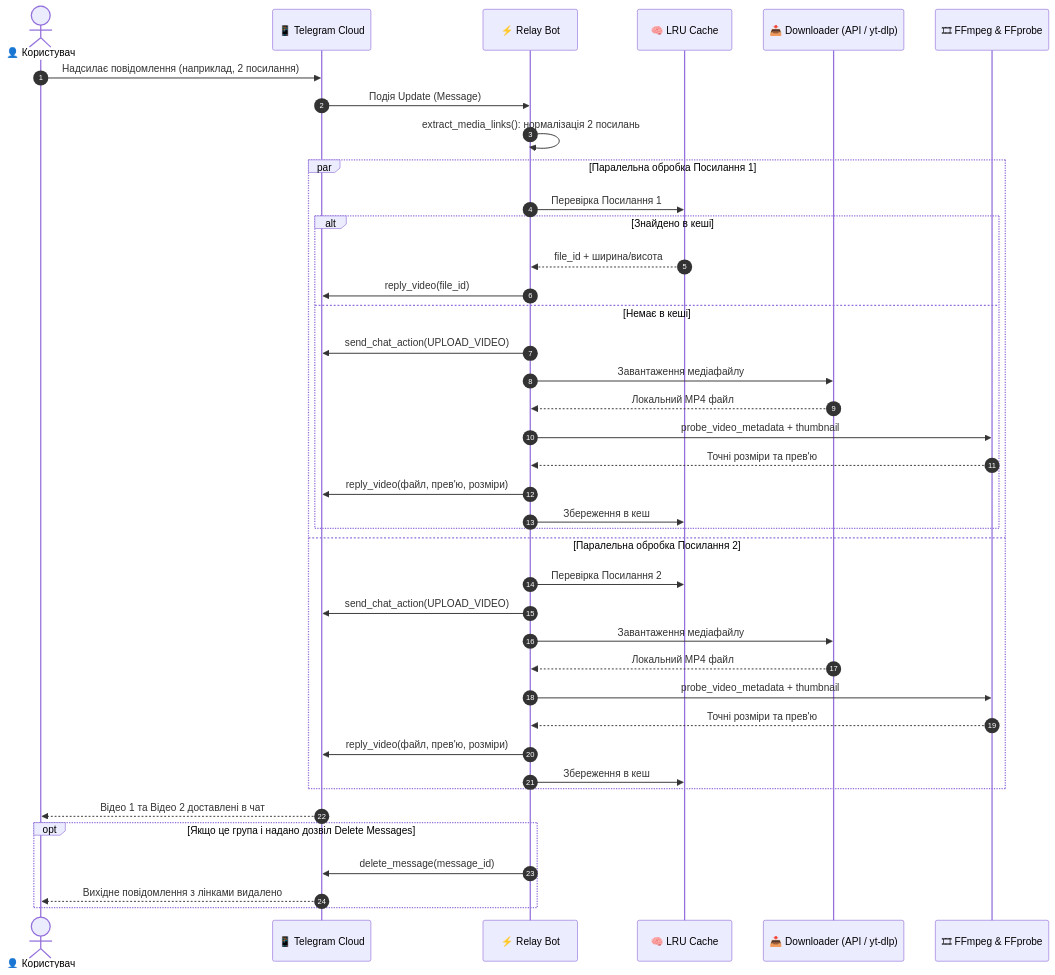
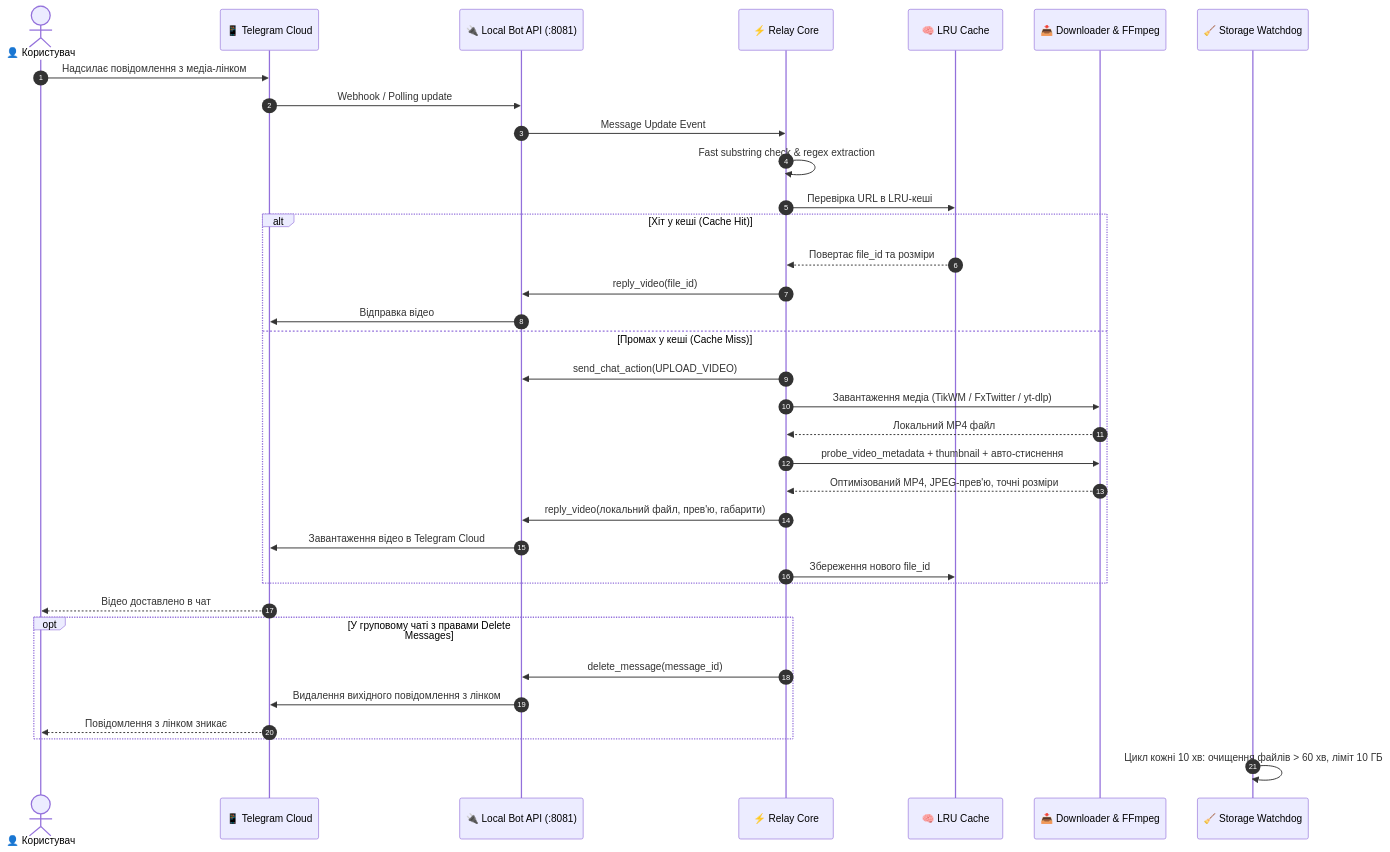
The fourth of 8 diagrams in README.md (vbazavliuk/Relay), drawn with Mermaid before and after one commit. The commit also changed other lines of this file and 6 other files, not shown here.

Commit message:
docs: refresh README, add comprehensive architecture docs, and verify all modules

````diff
--- a/README.md
+++ b/README.md
@@ -131,45 +191,41 @@
 ```mermaid
 sequenceDiagram
     autonumber
     actor User as 👤 Користувач
     participant TG as 📱 Telegram Cloud
-    participant Bot as ⚡ Relay Bot
+    participant LocalAPI as 🔌 Local Bot API (:8081)
+    participant Bot as ⚡ Relay Core
     participant Cache as 🧠 LRU Cache
-    participant Downloader as 📥 Downloader (API / yt-dlp)
-    participant FFmpeg as 🎞 FFmpeg & FFprobe
+    participant Engine as 📥 Downloader & FFmpeg
+    participant Cleaner as 🧹 Storage Watchdog
 
-    User->>TG: Надсилає повідомлення (наприклад, 2 посилання)
-    TG->>Bot: Подія Update (Message)
-    Bot->>Bot: extract_media_links(): нормалізація 2 посилань
-    
-    par Паралельна обробка Посилання 1
-        Bot->>Cache: Перевірка Посилання 1
-        alt Знайдено в кеші
-            Cache-->>Bot: file_id + ширина/висота
-            Bot->>TG: reply_video(file_id)
-        else Немає в кеші
-            Bot->>TG: send_chat_action(UPLOAD_VIDEO)
-            Bot->>Downloader: Завантаження медіафайлу
-            Downloader-->>Bot: Локальний MP4 файл
-            Bot->>FFmpeg: probe_video_metadata + thumbnail
-            FFmpeg-->>Bot: Точні розміри та прев'ю
-            Bot->>TG: reply_video(файл, прев'ю, розміри)
-            Bot->>Cache: Збереження в кеш
-        end
-    and Паралельна обробка Посилання 2
-        Bot->>Cache: Перевірка Посилання 2
-        Bot->>TG: send_chat_action(UPLOAD_VIDEO)
-        Bot->>Downloader: Завантаження медіафайлу
-        Downloader-->>Bot: Локальний MP4 файл
-        Bot->>FFmpeg: probe_video_metadata + thumbnail
-        FFmpeg-->>Bot: Точні розміри та прев'ю
-        Bot->>TG: reply_video(файл, прев'ю, розміри)
-        Bot->>Cache: Збереження в кеш
+    User->>TG: Надсилає повідомлення з медіа-лінком
+    TG->>LocalAPI: Webhook / Polling update
+    LocalAPI->>Bot: Message Update Event
+    Bot->>Bot: Fast substring check & regex extraction
+    Bot->>Cache: Перевірка URL в LRU-кеші
+
+    alt Хіт у кеші (Cache Hit)
+        Cache-->>Bot: Повертає file_id та розміри
+        Bot->>LocalAPI: reply_video(file_id)
+        LocalAPI->>TG: Відправка відео
+    else Промах у кеші (Cache Miss)
+        Bot->>LocalAPI: send_chat_action(UPLOAD_VIDEO)
+        Bot->>Engine: Завантаження медіа (TikWM / FxTwitter / yt-dlp)
+        Engine-->>Bot: Локальний MP4 файл
+        Bot->>Engine: probe_video_metadata + thumbnail + авто-стиснення
+        Engine-->>Bot: Оптимізований MP4, JPEG-прев'ю, точні розміри
+        Bot->>LocalAPI: reply_video(локальний файл, прев'ю, габарити)
+        LocalAPI->>TG: Завантаження відео в Telegram Cloud
+        Bot->>Cache: Збереження нового file_id
     end
 
-    TG-->>User: Відео 1 та Відео 2 доставлені в чат
-    opt Якщо це група і надано дозвіл Delete Messages
-        Bot->>TG: delete_message(message_id)
-        TG-->>User: Вихідне повідомлення з лінками видалено
+    TG-->>User: Відео доставлено в чат
+    opt У груповому чаті з правами Delete Messages
+        Bot->>LocalAPI: delete_message(message_id)
+        LocalAPI->>TG: Видалення вихідного повідомлення з лінком
+        TG-->>User: Повідомлення з лінком зникає
     end
+
+    Cleaner->>Cleaner: Цикл кожні 10 хв: очищення файлів > 60 хв, ліміт 10 ГБ
 ```
````
